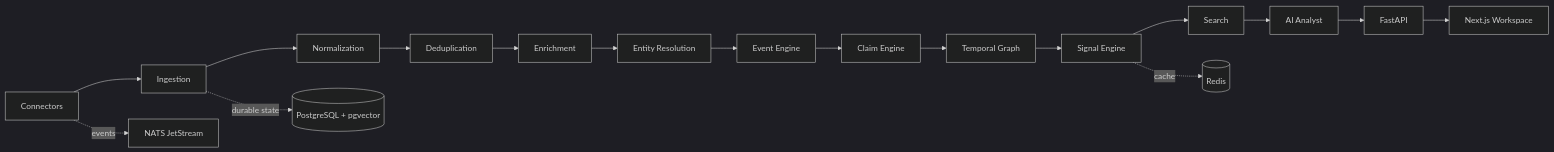
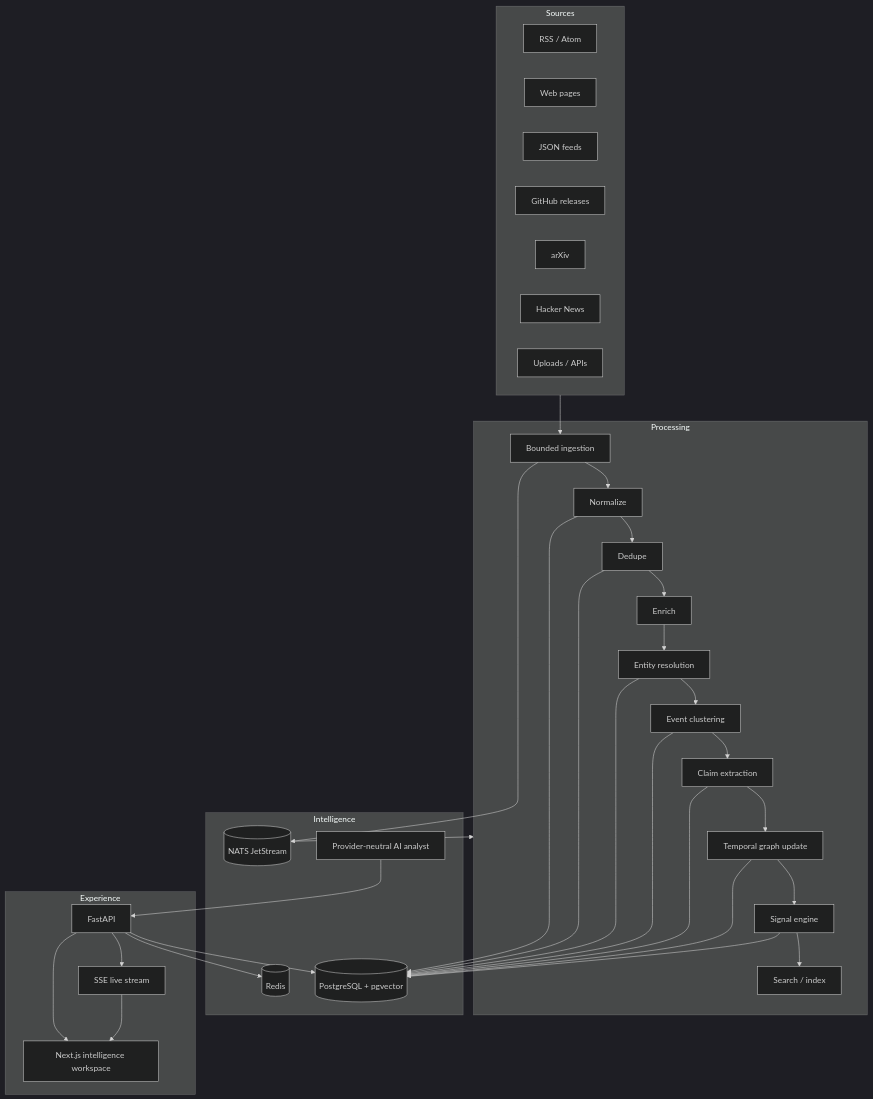
Before and after one commit to PSR94/PulseForge: the second of 5 diagrams in README.md, drawn with Mermaid (dark theme). The commit also changed other lines of this file and 130 other files, not shown here.

````diff
--- a/README.md
+++ b/README.md
@@ -66,19 +115,54 @@
 ```mermaid
-flowchart LR
-    A[Connectors] --> B[Ingestion]
-    B --> C[Normalization]
-    C --> D[Deduplication]
-    D --> E[Enrichment]
-    E --> F[Entity Resolution]
-    F --> G[Event Engine]
-    G --> H[Claim Engine]
-    H --> I[Temporal Graph]
-    I --> J[Signal Engine]
-    J --> K[Search]
-    K --> L[AI Analyst]
-    L --> M[FastAPI]
-    M --> N[Next.js Workspace]
-    A -. events .-> Q[NATS JetStream]
-    B -. durable state .-> P[(PostgreSQL + pgvector)]
-    J -. cache .-> R[(Redis)]
+flowchart TB
+    subgraph Sources
+      RSS[RSS / Atom]
+      WEB[Web pages]
+      JSON[JSON feeds]
+      GH[GitHub releases]
+      AX[arXiv]
+      HN[Hacker News]
+      UP[Uploads / APIs]
+    end
+
+    subgraph Processing
+      ING[Bounded ingestion]
+      NOR[Normalize]
+      DED[Dedupe]
+      ENR[Enrich]
+      ER[Entity resolution]
+      EVT[Event clustering]
+      CLM[Claim extraction]
+      GR[Temporal graph update]
+      SIG[Signal engine]
+      IDX[Search / index]
+    end
+
+    subgraph Intelligence
+      PG[(PostgreSQL + pgvector)]
+      NATS[(NATS JetStream)]
+      REDIS[(Redis)]
+      AI[Provider-neutral AI analyst]
+    end
+
+    subgraph Experience
+      API[FastAPI]
+      SSE[SSE live stream]
+      WEBAPP[Next.js intelligence workspace]
+    end
+
+    Sources --> ING --> NOR --> DED --> ENR --> ER --> EVT --> CLM --> GR --> SIG --> IDX
+    NOR --> PG
+    DED --> PG
+    ER --> PG
+    EVT --> PG
+    CLM --> PG
+    GR --> PG
+    SIG --> PG
+    ING --> NATS
+    NATS --> Processing
+    API --> PG
+    API --> REDIS
+    AI --> API
+    API --> SSE --> WEBAPP
+    API --> WEBAPP
 ```
````
